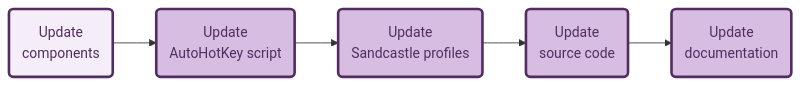
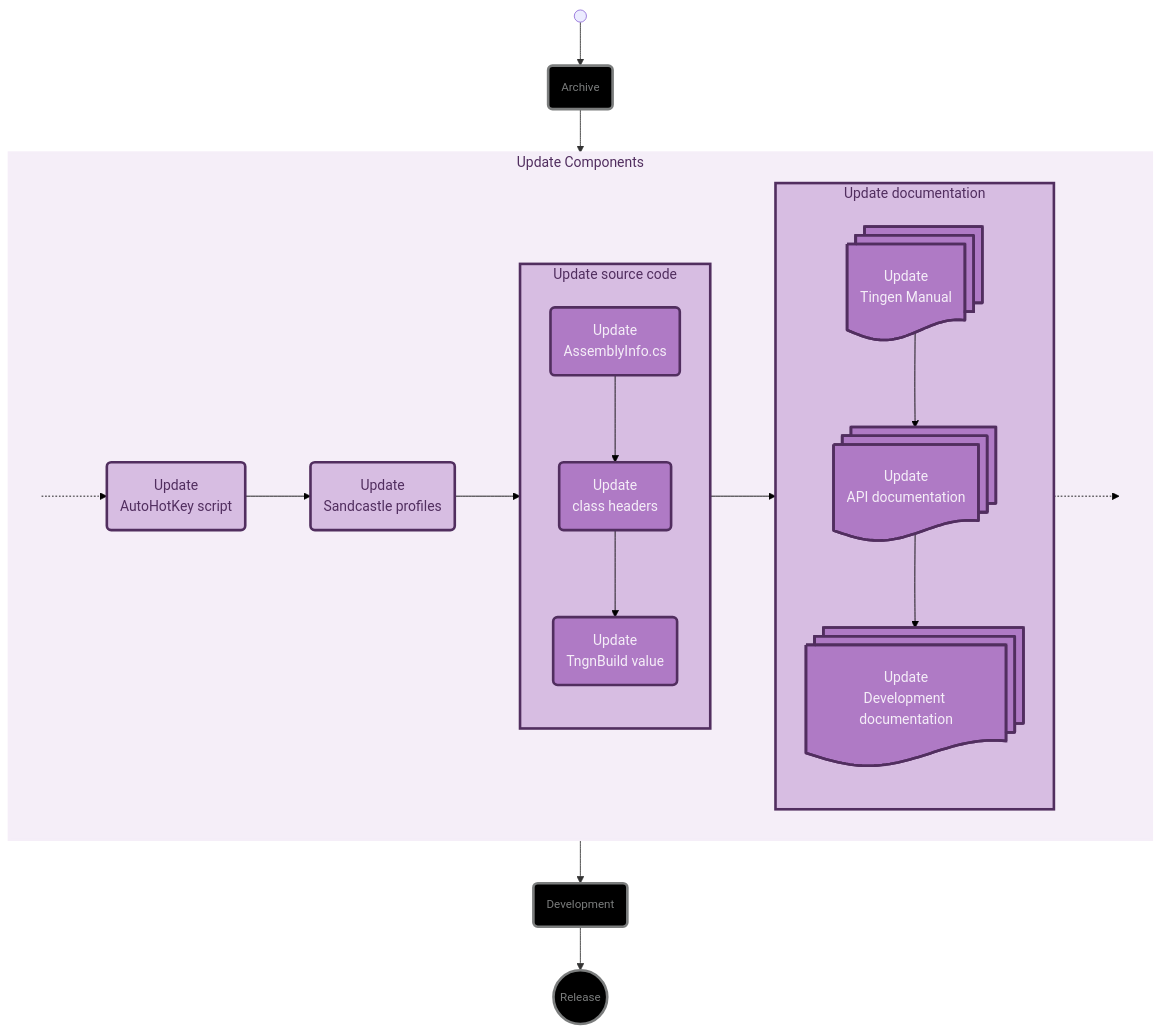
The third of 8 diagrams in Development/Workflows/workflows.md (spectrum-health-systems/tingen-documentation), drawn with Mermaid before and after one commit. The commit also changed other lines of this file, not shown here.

````diff
--- a/Development/Workflows/workflows.md
+++ b/Development/Workflows/workflows.md
@@ -89,17 +110,55 @@
-  ```mermaid
-  flowchart LR
+```mermaid
+flowchart TB 
+  %% Components
+  Start@{shape: sm-circ, label: "Start the workflow\n[sm-circ]"}
+  Archive@{shape: rounded, label: "Archive"}
+  Development@{shape: rounded, label: "Development"}
+  Release@{shape: circ, label: "Release"}
+
+  %% Subgraphs
+  subgraph _UpdateComponents ["Update Components"]
+    direction LR
     %% Components
-    UpdateComponents@{shape: rounded, label: "Update\ncomponents"}
     UpdateAutoHotKey@{shape: rounded, label: "Update\nAutoHotKey script"}
     UpdateSandCastleProfiles@{shape: rounded, label: "Update\nSandcastle profiles"}
-    UpdateSourceCode@{shape: rounded, label: "Update\nsource code"}
-    UpdateDocumentation@{shape: rounded, label: "Update\ndocumentation"}
-    %% Layout
-    UpdateComponents:::P5_ --> UpdateAutoHotKey:::P6_ --> UpdateSandCastleProfiles:::P6_ -->  UpdateSourceCode:::P6_ --> UpdateDocumentation:::P6_
-    %% Styles
-    classDef R5_ stroke:#641e16,stroke-width:3px,stroke-dasharray: 5 5,fill:#f9ebea,color:#641e16,font-size:8pt
-    classDef P5_ stroke:#512e5f,stroke-width:3px,fill:#f5eef8,color:#512e5f
-    classDef P6_ stroke:#512e5f,stroke-width:3px,fill:#d7bde2,color:#512e5f
-    %% Styles - Global
-    classDef Hidden display: none;
-  ```
+    UpdateStart:::Hidden -.-> UpdateAutoHotKey:::P6_ --> UpdateSandCastleProfiles:::P6_ --> _UpdateSourceCode:::P6_ --> _UpdateDocumentation:::P6_ -.-> UpdateEnd:::Hidden
+  end
+
+  subgraph _UpdateSourceCode ["Update source code"]
+    direction TB
+    %% Components
+    UpdateAssemblyInfo@{shape: rounded, label: "Update\nAssemblyInfo.cs"}
+    UpdateClassHeaders@{shape: rounded, label: "Update\nclass headers"}
+    UpdateTngnBuild@{shape: rounded, label: "Update\nTngnBuild value"}
+    UpdateAssemblyInfo:::P7_ --> UpdateClassHeaders:::P7_ --> UpdateTngnBuild:::P7_
+  end
+
+  subgraph _UpdateDocumentation ["Update documentation"]
+    direction TB
+    %% Components
+    UpdateTingenManual@{shape: docs, label: "Update\nTingen Manual"}
+    UpdateAPIDocumentation@{shape: docs, label: "Update\nAPI documentation"}
+    UpdateDevelopmentDocumentation@{shape: docs, label: "Update\nDevelopment documentation"}
+    UpdateTingenManual:::P7_ --> UpdateAPIDocumentation:::P7_ --> UpdateDevelopmentDocumentation:::P7_
+  end
+
+  %% Layout
+  Start --> Archive:::B7a_ --> _UpdateComponents:::P5_ --> Development:::B7a_ --> Release:::B7a_
+
+  %% Styles
+  classDef P0_ stroke:#f5eef8,stroke-width:3px,fill:#f5eef8,color:#512e5f
+  classDef P1_ stroke:#f5eef8,stroke-width:3px,fill:#d7bde2,color:#512e5f
+  classDef P2_ stroke:#f5eef8,stroke-width:3px,fill:#af7ac5,color:#f5eef8
+  classDef P3_ stroke:#f5eef8,stroke-width:3px,fill:#884ea0,color:#f5eef8
+  classDef P4_ stroke:#f5eef8,stroke-width:3px,fill:#512e5f,color:#f5eef8
+  classDef P5_ stroke:#512e5f,stroke-width:3px,fill:#f5eef8,color:#512e5f
+  classDef P5a_ stroke:#512e5f,stroke-width:3px,fill:#f5eef8,color:#512e5f,font-size:8p
+  classDef P6_ stroke:#512e5f,stroke-width:3px,fill:#d7bde2,color:#512e5f
+  classDef P7_ stroke:#512e5f,stroke-width:3px,fill:#af7ac5,color:#f5eef8
+  classDef P8_ stroke:#512e5f,stroke-width:3px,fill:#884ea0,color:#f5eef8
+  classDef P9_ stroke:#512e5f,stroke-width:3px,fill:#512e5f,color:#f5eef8
+  classDef B7a_ stroke:#7b7d7d,stroke-width:3px,fill:#000000,color:#7b7d7d,font-size: 10pt
+  classDef P5_ stroke:#f5eef8,stroke-width:3px,fill:#f5eef8,color:#512e5f
+  classDef Hidden display: none;
+  linkStyle 0,1,2,3,4,5,6,7,8 stroke:#000000,stroke-width:1px
+```
````
